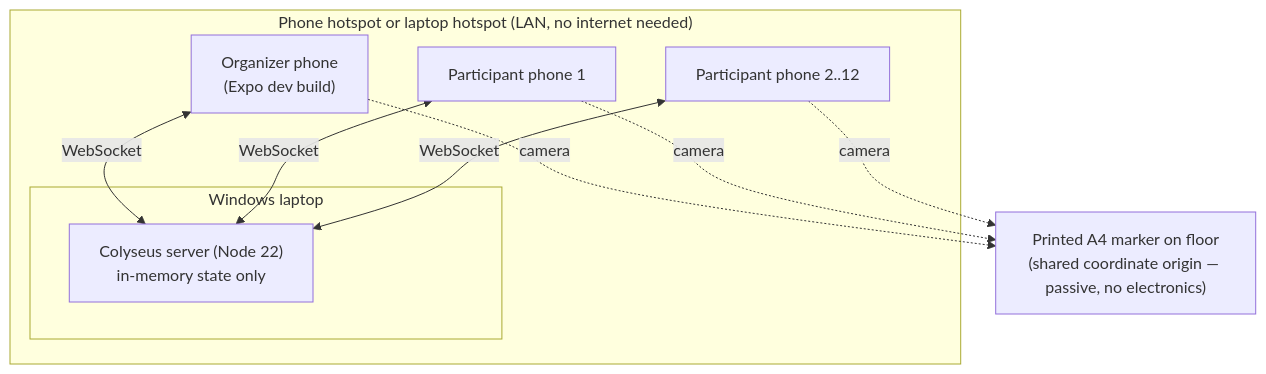
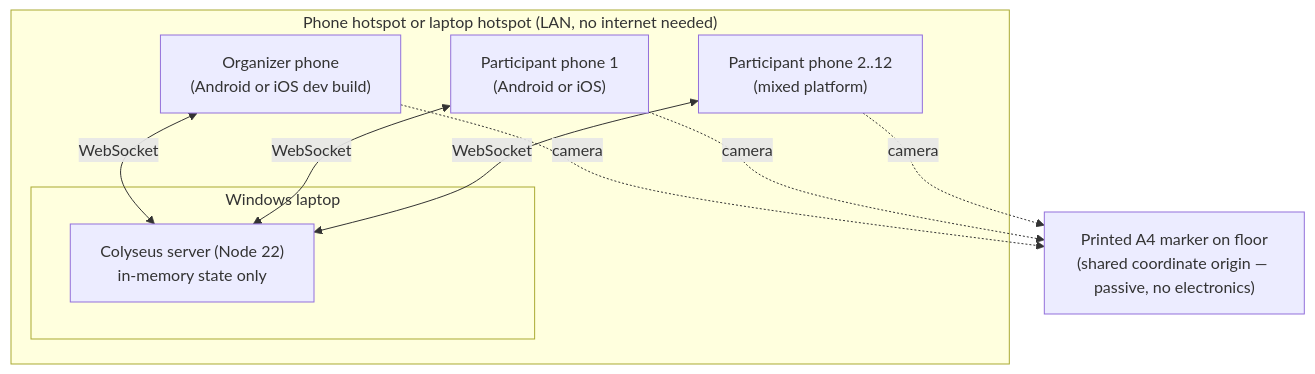
Before and after one commit to Vaibtan/CodexWars: the first of 8 diagrams in ARCHITECTURE.md, drawn with Mermaid. The commit also changed other lines of this file and 7 other files, not shown here.

````diff
--- a/ARCHITECTURE.md
+++ b/ARCHITECTURE.md
@@ -27,18 +27,18 @@
 ```mermaid
 flowchart TB
     subgraph HOTSPOT["Phone hotspot or laptop hotspot (LAN, no internet needed)"]
         subgraph LAPTOP["Windows laptop"]
             SRV["Colyseus server (Node 22)<br/>in-memory state only"]
         end
-        P1["Organizer phone<br/>(Expo dev build)"]
-        P2["Participant phone 1"]
-        P3["Participant phone 2..12"]
+        P1["Organizer phone<br/>(Android or iOS dev build)"]
+        P2["Participant phone 1<br/>(Android or iOS)"]
+        P3["Participant phone 2..12<br/>(mixed platform)"]
     end
     MARKER["Printed A4 marker on floor<br/>(shared coordinate origin — passive, no electronics)"]
     P1 <-->|WebSocket| SRV
     P2 <-->|WebSocket| SRV
     P3 <-->|WebSocket| SRV
     P1 -.camera.-> MARKER
     P2 -.camera.-> MARKER
     P3 -.camera.-> MARKER
 ```
````
